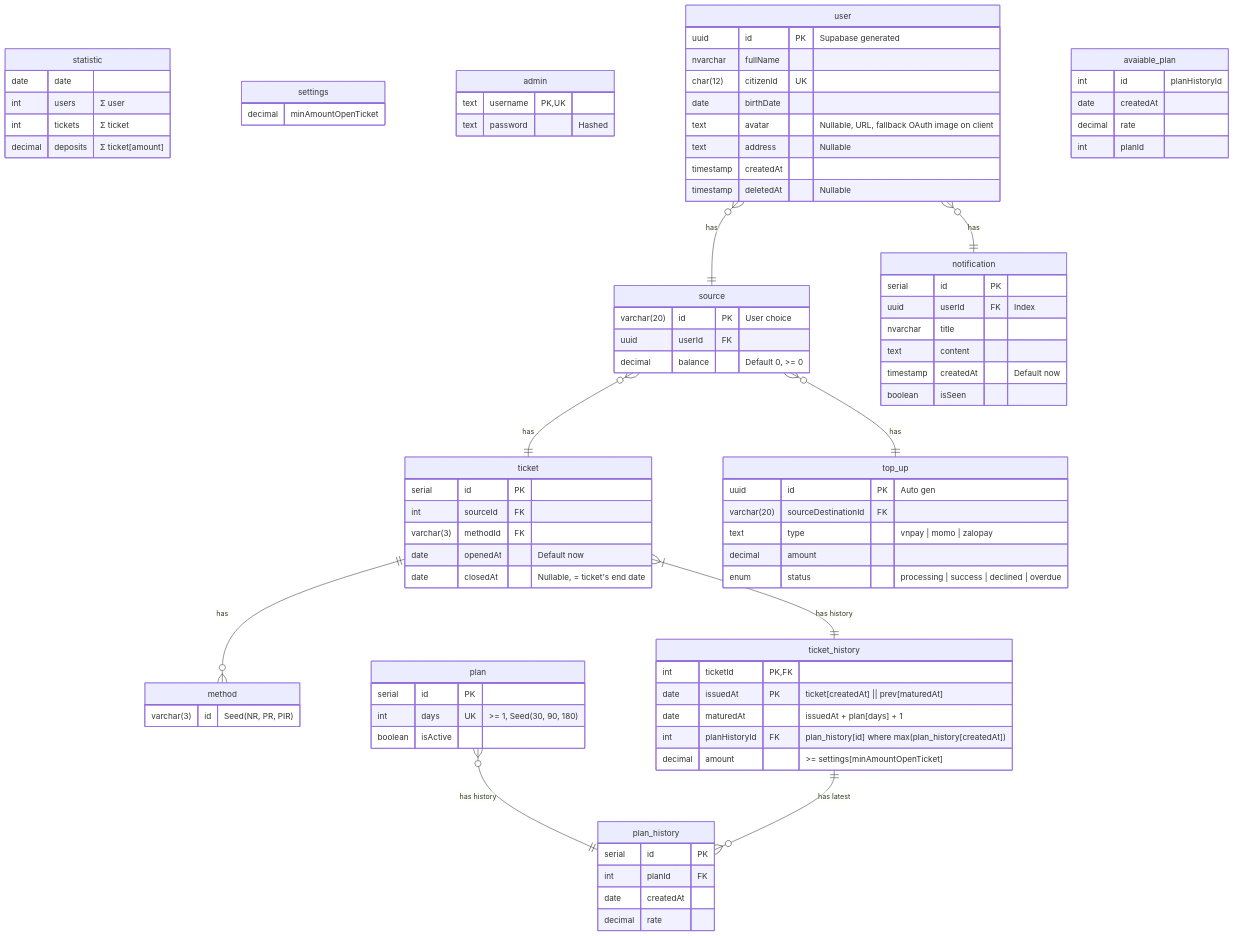
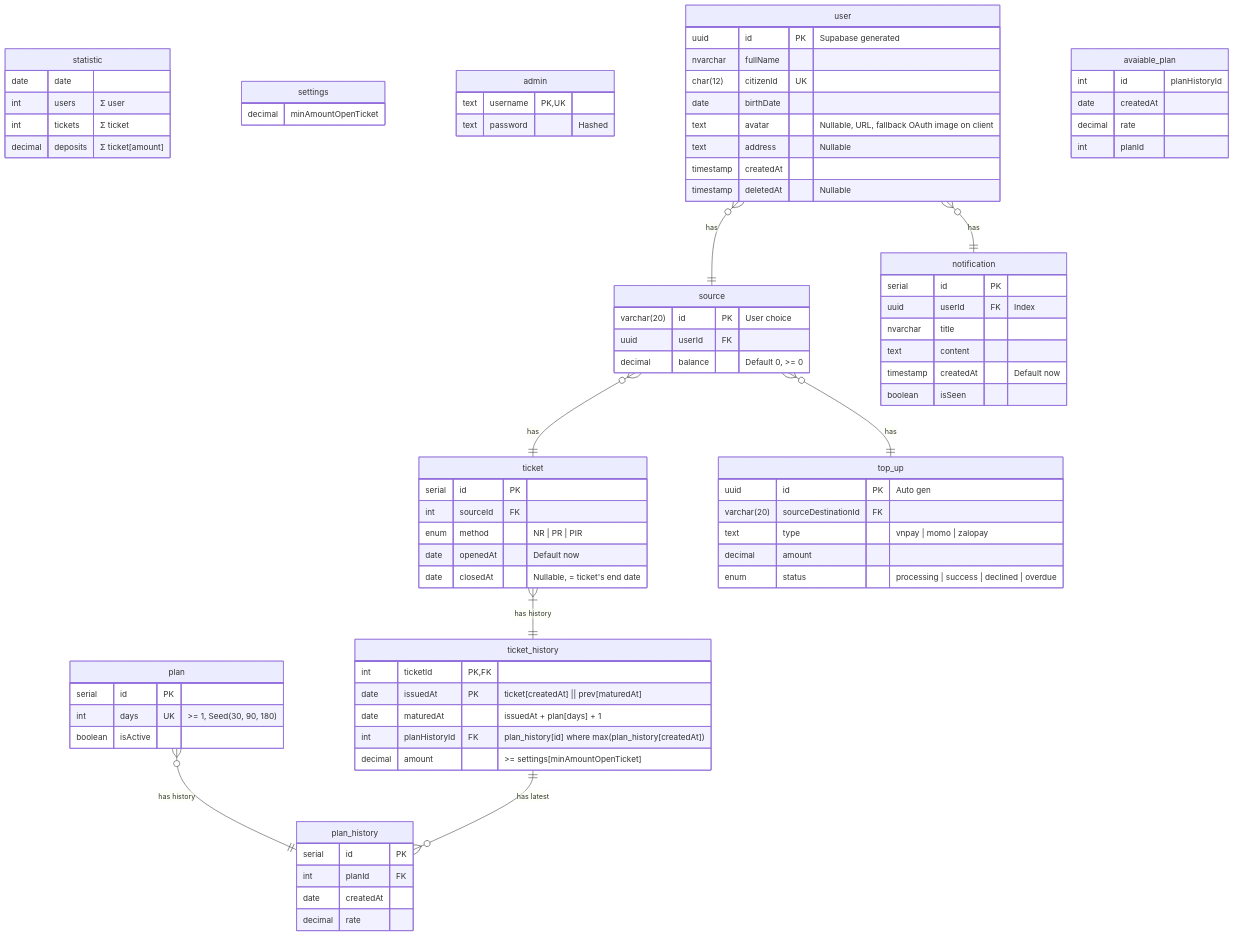
One commit to coinhub-uit/coinhub-uit.github.io changed the diagram in docs/diagrams/database.md. Above: the diagram before and after it, drawn with Mermaid. The commit also changed other lines of this file, not shown here.

Commit message:
fix(db): merge method table into ticket's field

```diff
--- a/docs/diagrams/database.md
+++ b/docs/diagrams/database.md
@@ -39,10 +39,6 @@
     decimal balance "Default 0, >= 0"
   }
 
-  method {
-    varchar(3) id "Seed(NR, PR, PIR)"
-  }
-
   plan_history {
     serial id PK
     int planId FK
@@ -53,7 +49,7 @@
   ticket {
     serial id PK
     int sourceId FK
-    varchar(3) methodId FK
+    enum method "NR | PR | PIR"
     date openedAt "Default now"
     date closedAt "Nullable, = ticket's end date"
   }
@@ -99,7 +95,6 @@
   user }o--|| notification : "has"
   user }o--|| source : "has"
   source }o--|| ticket : "has"
-  ticket ||--o{ method : "has"
   ticket }|--|| ticket_history : "has history"
   plan }o--|| plan_history : "has history"
   ticket_history ||--}o plan_history : "has latest"
```
